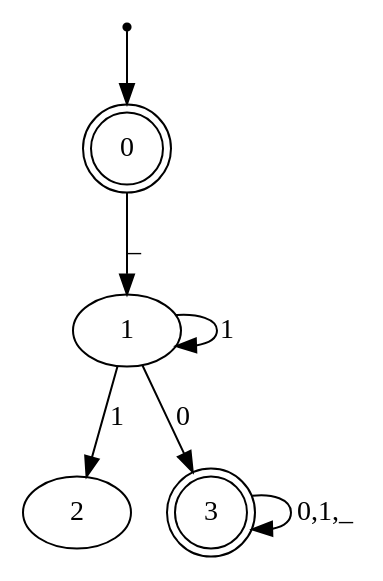
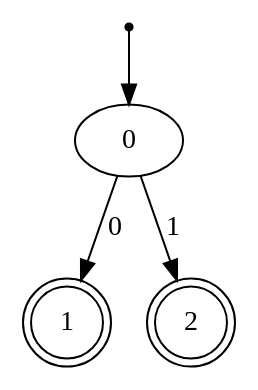
One commit to ValenButtignol/project-automata changed the diagram in automaton.dot. Above: the diagram before and after it, drawn with Graphviz. The commit also changed 10 other files, not shown here.

```diff
--- a/automaton.dot
+++ b/automaton.dot
@@ -1,11 +1,8 @@
 digraph{
 inic[shape=point];
 inic->0;
-0->1 [label="_"];
-1->2 [label="1"];
-1->1 [label="1"];
-1->3 [label="0"];
-3->3 [label="0,1,_"];
-0[shape=doublecircle];
-3[shape=doublecircle];
+0->1 [label="0"];
+0->2 [label="1"];
+1[shape=doublecircle];
+2[shape=doublecircle];
 }
```
